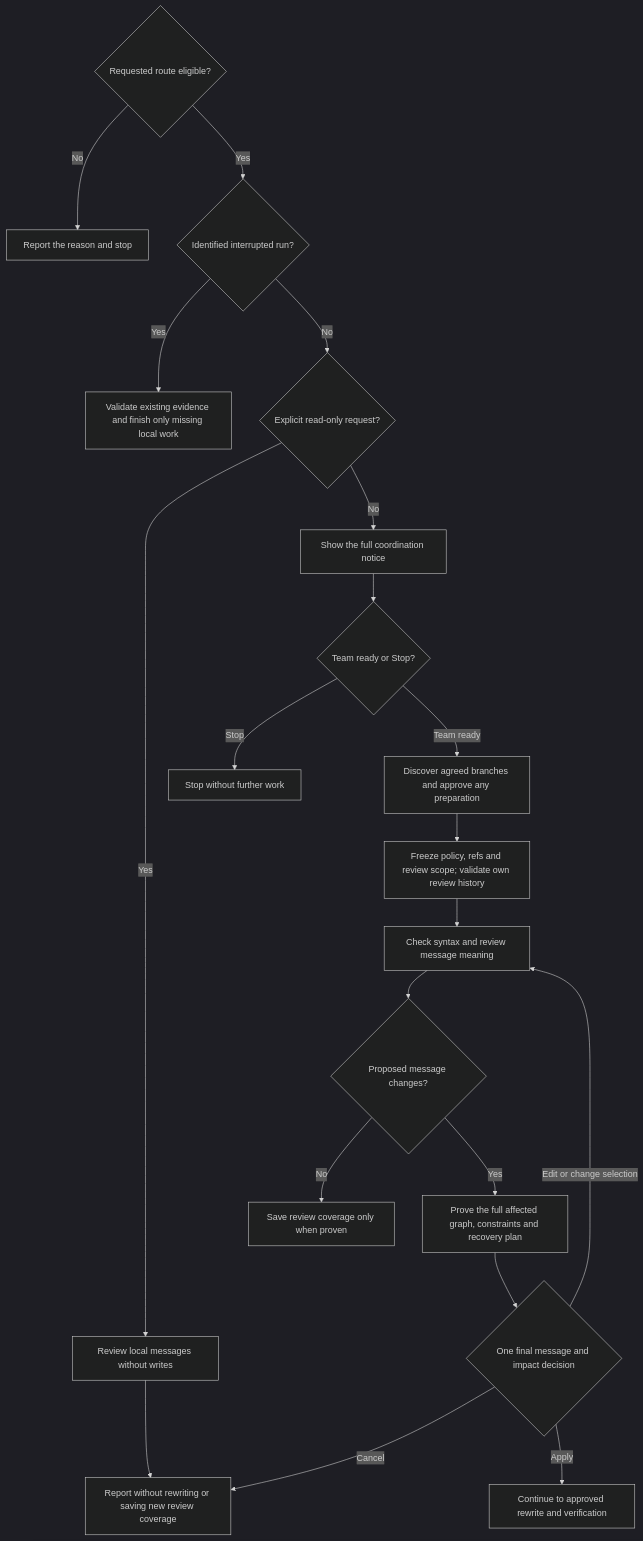
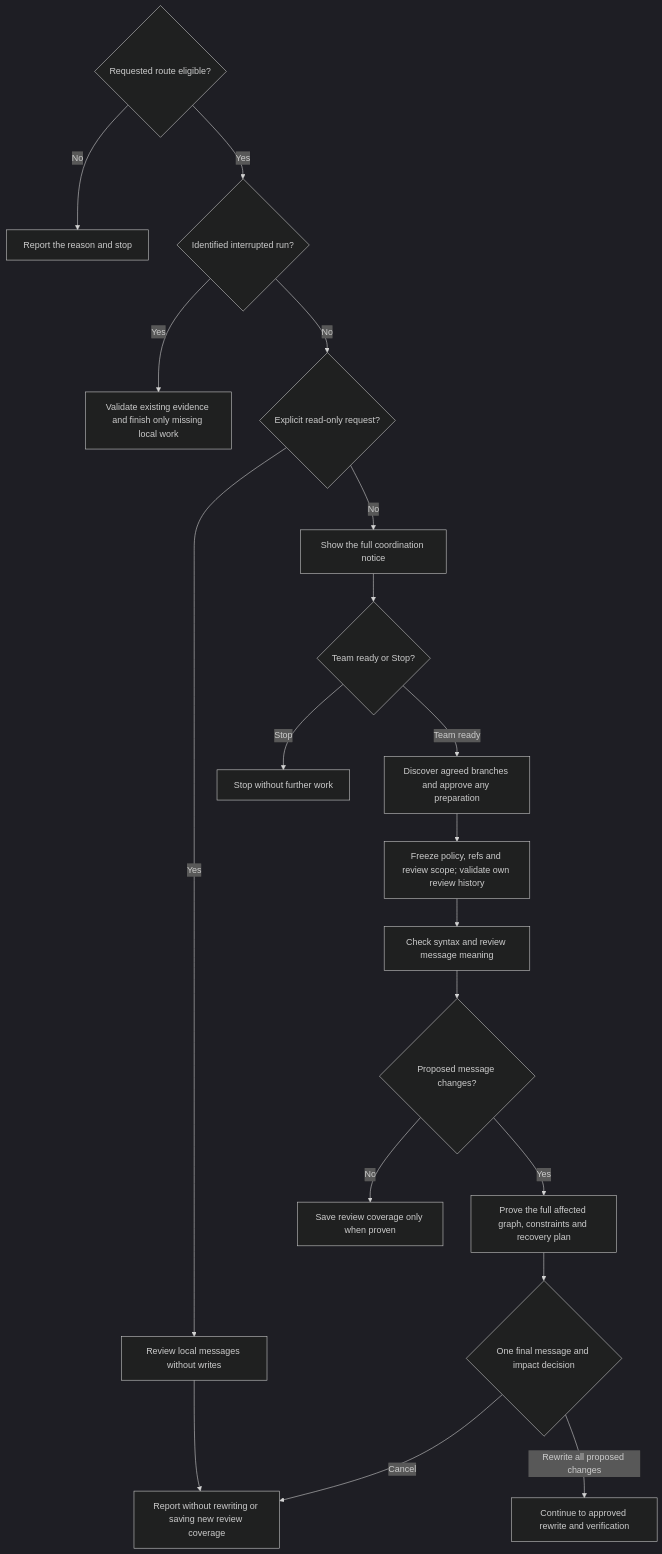
Before and after one commit to myowinthein/agent-helm: the first of 2 diagrams in docs/commands/normalize/detailed.md, drawn with Mermaid (dark theme). The commit also changed other lines of this file and 4 other files, not shown here.

````diff
--- a/docs/commands/normalize/detailed.md
+++ b/docs/commands/normalize/detailed.md
@@ -22,22 +22,21 @@
 ```mermaid
 flowchart TD
   Entry{"Requested route eligible?"} -->|No| Blocked["Report the reason and stop"]
   Entry -->|Yes| Start
   Start{"Identified interrupted run?"} -->|Yes| Resume["Validate existing evidence and finish only missing local work"]
   Start -->|No| Readonly{"Explicit read-only request?"}
   Readonly -->|Yes| ReviewOnly["Review local messages without writes"]
   Readonly -->|No| Notice["Show the full coordination notice"]
   Notice --> Ready{"Team ready or Stop?"}
   Ready -->|Stop| Stop["Stop without further work"]
   Ready -->|Team ready| Discover["Discover agreed branches and approve any preparation"]
   Discover --> Freeze["Freeze policy, refs and review scope; validate own review history"]
   Freeze --> Messages["Check syntax and review message meaning"]
   Messages --> Changes{"Proposed message changes?"}
   Changes -->|No| Checkpoint["Save review coverage only when proven"]
   Changes -->|Yes| Impact["Prove the full affected graph, constraints and recovery plan"]
   Impact --> Approval{"One final message and impact decision"}
-  Approval -->|Edit or change selection| Messages
   Approval -->|Cancel| Report["Report without rewriting or saving new review coverage"]
-  Approval -->|Apply| Rewrite["Continue to approved rewrite and verification"]
+  Approval -->|Rewrite all proposed changes| Rewrite["Continue to approved rewrite and verification"]
   ReviewOnly --> Report
 ```
````
